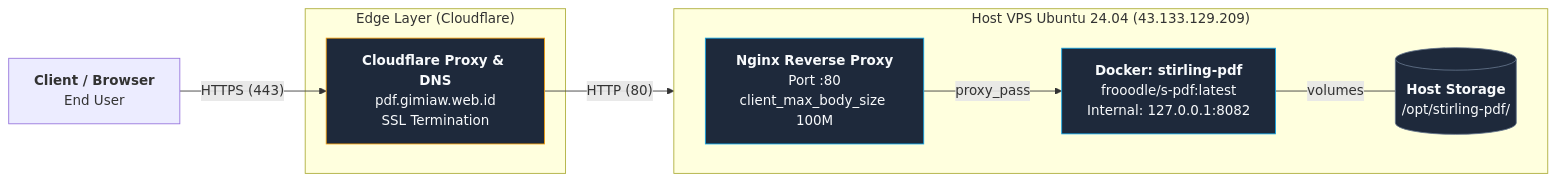
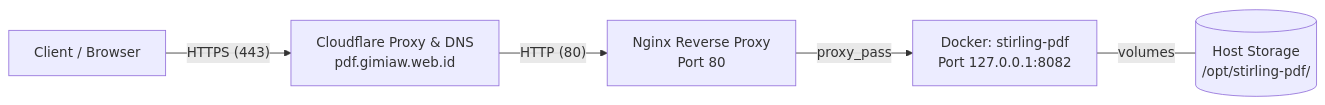
Before and after one commit to rafiqizaldi/P3_Kel7_StirlingPDF: the diagram in README.md, drawn with Mermaid. The commit also changed other lines of this file and 1 other file, not shown here.

Commit message:
docs: render architecture diagram to high-res SVG with component logos

````diff
--- a/README.md
+++ b/README.md
@@ -26,29 +33,14 @@
 ```mermaid
 %%{init: {'flowchart': {'curve': 'linear'}}}%%
 flowchart LR
-    User["<b>Client / Browser</b><br/>End User"]
-
-    subgraph CloudflareEdge ["Edge Layer (Cloudflare)"]
-        CF["<b>Cloudflare Proxy & DNS</b><br/>pdf.gimiaw.web.id<br/>SSL Termination"]
-    end
-
-    subgraph VPSHost ["Host VPS Ubuntu 24.04 (43.133.129.209)"]
-        direction LR
-        NGINX["<b>Nginx Reverse Proxy</b><br/>Port :80<br/>client_max_body_size 100M"]
-        SPDF["<b>Docker: stirling-pdf</b><br/>frooodle/s-pdf:latest<br/>Internal: 127.0.0.1:8082"]
-        VOL[("<b>Host Storage</b><br/>/opt/stirling-pdf/")]
-    end
+    User["Client / Browser"]
+    CF["Cloudflare Proxy & DNS<br/>pdf.gimiaw.web.id"]
+    NGINX["Nginx Reverse Proxy<br/>Port 80"]
+    SPDF["Docker: stirling-pdf<br/>Port 127.0.0.1:8082"]
+    VOL[("Host Storage<br/>/opt/stirling-pdf/")]
 
     User -->|"HTTPS (443)"| CF
     CF -->|"HTTP (80)"| NGINX
     NGINX -->|"proxy_pass"| SPDF
     SPDF ---|"volumes"| VOL
-
-    classDef edge fill:#1e293b,stroke:#f59e0b,stroke-width:1px,color:#f8fafc;
-    classDef host fill:#1e293b,stroke:#0ea5e9,stroke-width:1px,color:#f8fafc;
-    classDef storage fill:#1e293b,stroke:#64748b,stroke-width:1px,color:#f8fafc;
-
-    class CF edge;
-    class NGINX,SPDF host;
-    class VOL storage;
 ```
````
